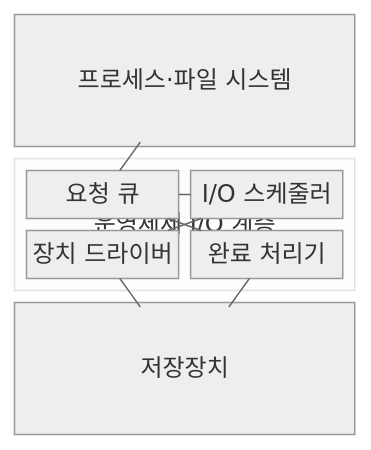
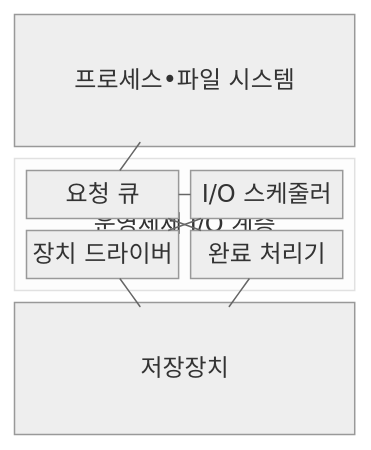
Before and after one commit to agnusdei1207/knowledge-base: the first of 2 diagrams in src/content/docs/notes/03-software/022_io_management_disk_scheduling.md, drawn with Mermaid (neutral theme). The commit also changed other lines of this file and 953 other files, not shown here.

````diff
--- a/src/content/docs/notes/03-software/022_io_management_disk_scheduling.md
+++ b/src/content/docs/notes/03-software/022_io_management_disk_scheduling.md
@@ -70,19 +70,19 @@
 ```mermaid
 block
     columns 1
-    P["프로세스·파일 시스템"]
+    P["프로세스•파일 시스템"]
     block:IO["운영체제 I/O 계층"]
         columns 2
         Q["요청 큐"]
         S["I/O 스케줄러"]
         D["장치 드라이버"]
         C["완료 처리기"]
     end
     V["저장장치"]
     P --- Q
     Q --- S
     S --- D
     D --- V
     V --- C
     C --- Q
 ```
````
